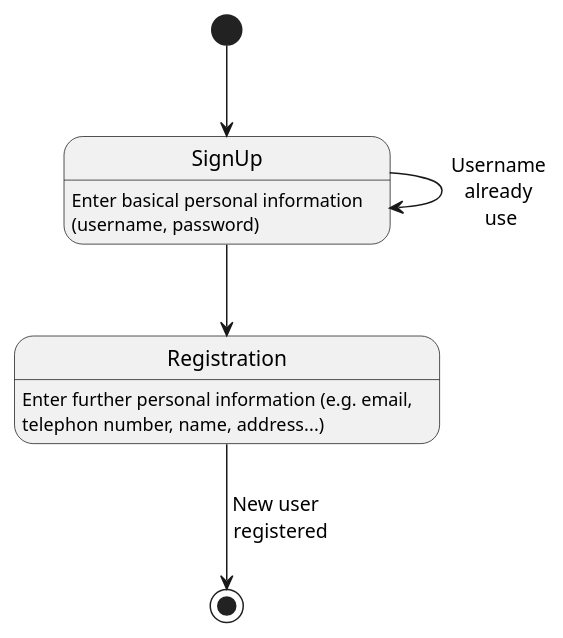
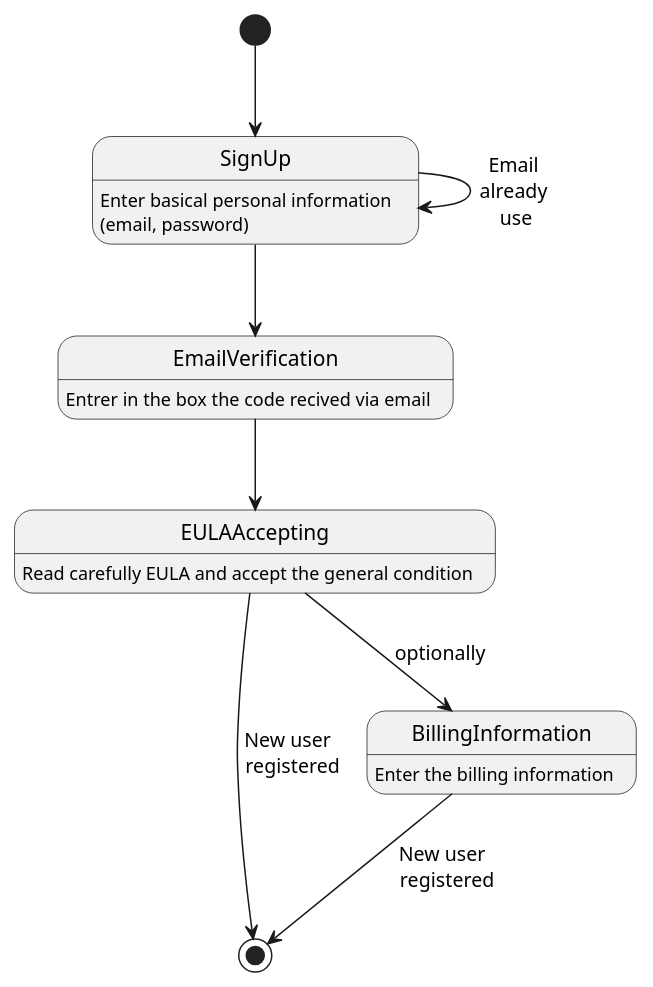
The diagram in rasd/statecharts/statechart_signup.plantuml (fcremo/AlfonsoCarsenzuolaCremonese-ingsw2), drawn with PlantUML before and after one commit. The commit also changed 2 other files, not shown here.

```diff
--- a/rasd/statecharts/statechart_signup.plantuml
+++ b/rasd/statecharts/statechart_signup.plantuml
@@ -1,10 +1,14 @@
 @startuml
 
 [*] --> SignUp
-SignUp: Enter basical personal information \n(username, password)
-SignUp --> SignUp: Username \nalready \nuse
-
-SignUp --> Registration
-Registration: Enter further personal information (e.g. email, \ntelephon number, name, address...)
-Registration --> [*]:  New user \n registered
+SignUp --> SignUp: Email \nalready \nuse
+SignUp --> EmailVerification
+EmailVerification --> EULAAccepting
+EULAAccepting --> [*]:  New user \n registered
+EULAAccepting --> BillingInformation: optionally
+BillingInformation --> [*]: New user \n registered
+SignUp: Enter basical personal information \n(email, password)
+EmailVerification: Entrer in the box the code recived via email
+EULAAccepting: Read carefully EULA and accept the general condition
+BillingInformation: Enter the billing information
 @enduml
```
